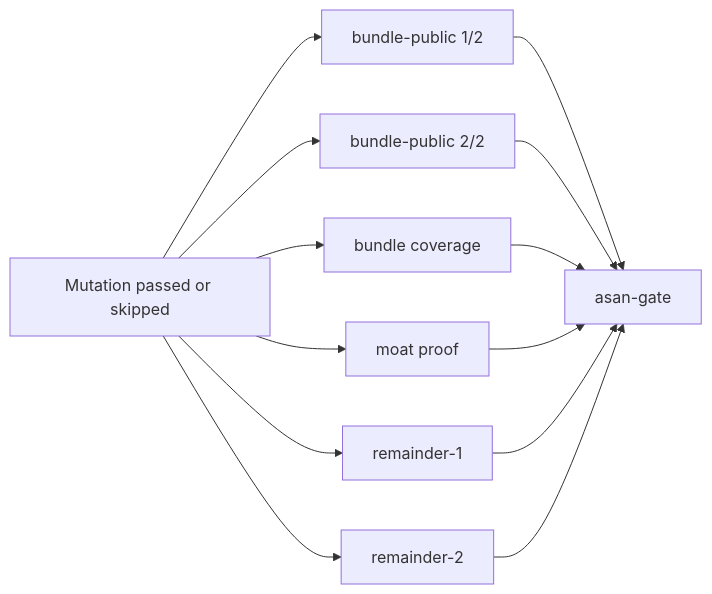
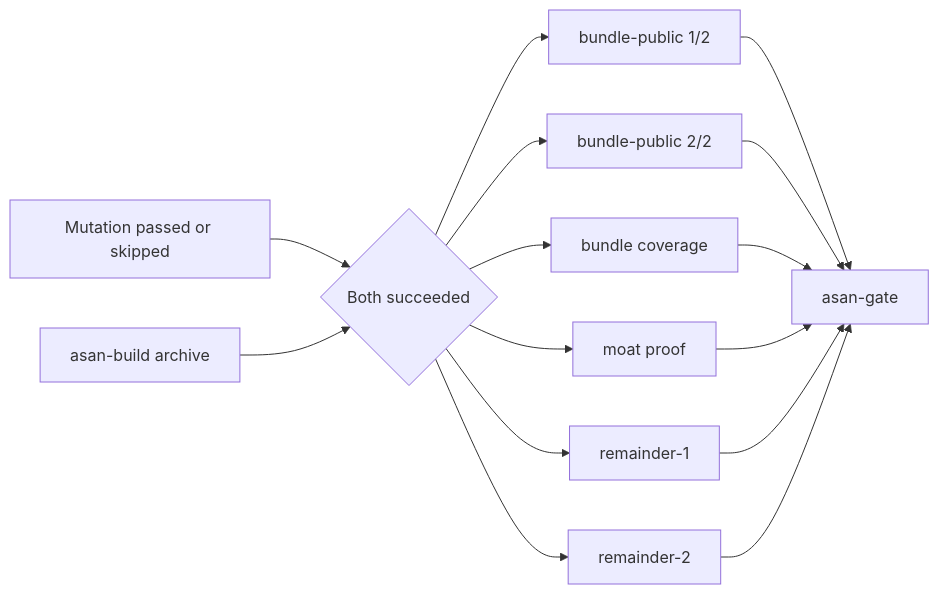
The tenth of 14 diagrams in CONTRIBUTING.md (arceushui/pigloros), drawn with Mermaid before and after one commit. The commit also changed other lines of this file and 3 other files, not shown here.

First line of the commit message:
[canary] Build ASan tests once as a nextest archive

````diff
--- a/CONTRIBUTING.md
+++ b/CONTRIBUTING.md
@@ -286,15 +297,17 @@
 ```mermaid
 flowchart LR
-    M["Mutation passed or skipped"] --> P1["bundle-public 1/2"]
-    M --> P2["bundle-public 2/2"]
-    M --> C["bundle coverage"]
-    M --> O["moat proof"]
-    M --> R1["remainder-1"]
-    M --> R2["remainder-2"]
+    M["Mutation passed or skipped"] --> J{"Both succeeded"}
+    B["asan-build archive"] --> J
+    J --> P1["bundle-public 1/2"]
+    J --> P2["bundle-public 2/2"]
+    J --> C["bundle coverage"]
+    J --> O["moat proof"]
+    J --> R1["remainder-1"]
+    J --> R2["remainder-2"]
     P1 --> G["asan-gate"]
     P2 --> G
     C --> G
     O --> G
     R1 --> G
     R2 --> G
 ```
````
